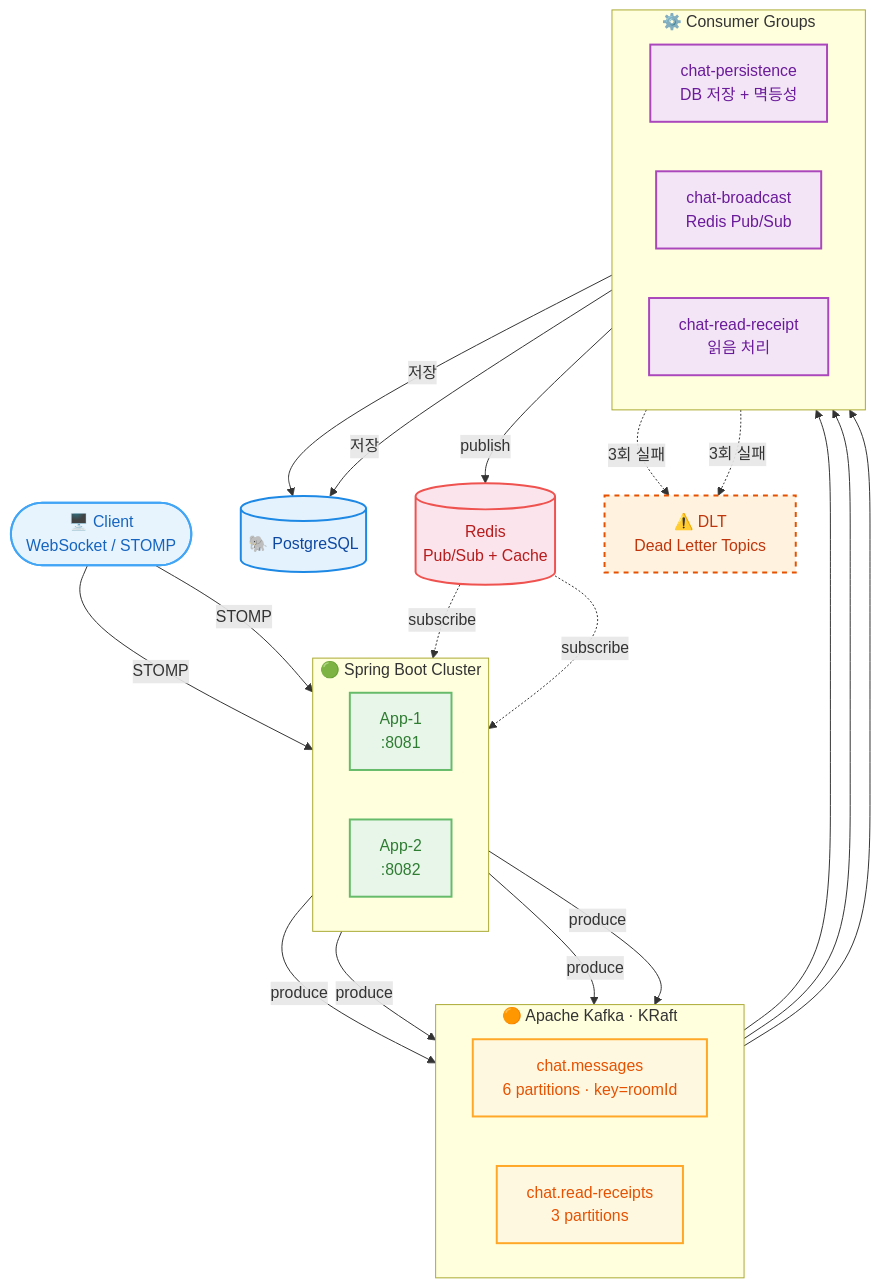
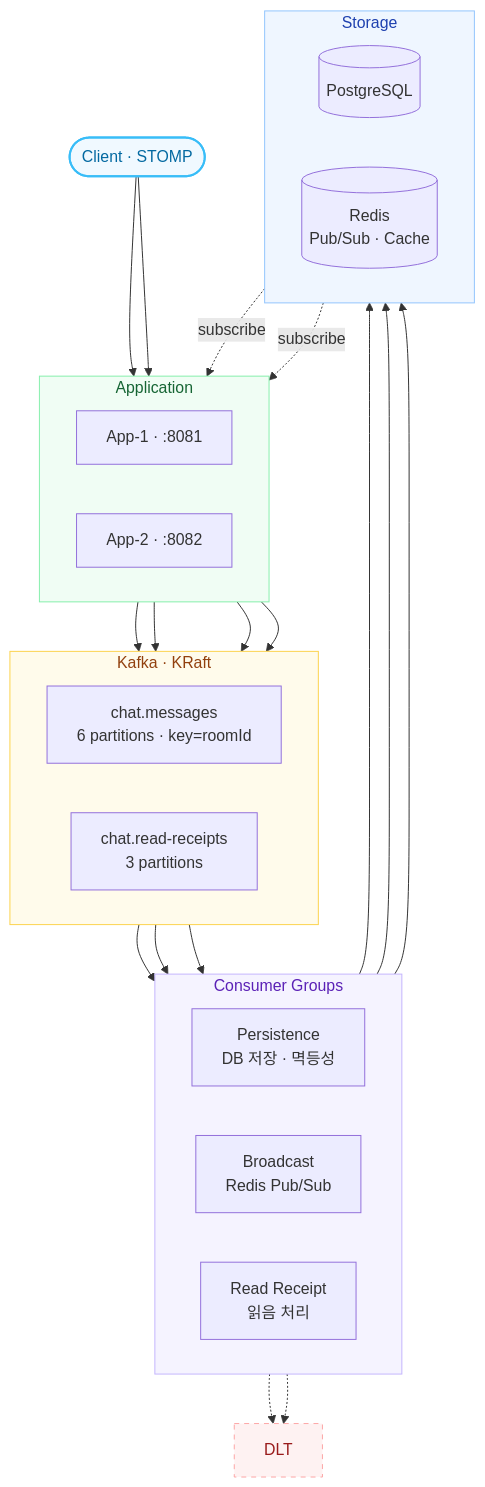
One commit to sjh9714/realtime-chat changed the first of 3 diagrams in README.md. Above: the diagram before and after it, drawn with Mermaid.

Commit message:
style: 아키텍처 다이어그램 정리 — 레이어 구조, 교차 화살표 최소화
- 4개 레이어 (Application → Kafka → Consumers → Storage) 서브그래프 배경색
- 이모지 제거, 라벨 간결화
- DB/Redis를 Storage 서브그래프로 묶어 정렬
- 화살표 레이블 최소화로 시각 노이즈 감소

````diff
--- a/README.md
+++ b/README.md
@@ -22,55 +22,51 @@
 ```mermaid
 flowchart TB
-    Client(["🖥️ Client<br/>WebSocket / STOMP"])
+    C(["Client · STOMP"])
 
-    subgraph APP["🟢 Spring Boot Cluster"]
+    subgraph app["Application"]
         direction LR
-        A1["App-1<br/>:8081"]
-        A2["App-2<br/>:8082"]
+        A1["App-1 · :8081"]
+        A2["App-2 · :8082"]
     end
 
-    subgraph KAFKA["🟠 Apache Kafka · KRaft"]
+    subgraph kafka["Kafka · KRaft"]
         direction LR
         T1["chat.messages<br/>6 partitions · key=roomId"]
         T2["chat.read-receipts<br/>3 partitions"]
     end
 
-    subgraph CG["⚙️ Consumer Groups"]
+    subgraph consumers["Consumer Groups"]
         direction LR
-        P["chat-persistence<br/>DB 저장 + 멱등성"]
-        B["chat-broadcast<br/>Redis Pub/Sub"]
-        R["chat-read-receipt<br/>읽음 처리"]
+        P["Persistence<br/>DB 저장 · 멱등성"]
+        B["Broadcast<br/>Redis Pub/Sub"]
+        R["Read Receipt<br/>읽음 처리"]
     end
 
-    DB[("🐘 PostgreSQL")]
-    RD[("Redis<br/>Pub/Sub + Cache")]
-    DLT["⚠️ DLT<br/>Dead Letter Topics"]
+    subgraph storage["Storage"]
+        direction LR
+        DB[("PostgreSQL")]
+        RD[("Redis<br/>Pub/Sub · Cache")]
+    end
 
-    Client -->|STOMP| A1
-    Client -->|STOMP| A2
-    A1 & A2 -->|produce| T1
-    A1 & A2 -->|produce| T2
+    DLT["DLT"]
+
+    C --> A1 & A2
+    A1 & A2 --> T1 & T2
     T1 --> P & B
     T2 --> R
-    P -->|저장| DB
-    B -->|publish| RD
-    R -->|저장| DB
-    P & R -.->|3회 실패| DLT
+    P & R --> DB
+    B --> RD
+    P & R -.-> DLT
     RD -.->|subscribe| A1 & A2
 
-    classDef client fill:#e8f4fd,stroke:#42a5f5,stroke-width:2px,color:#1565c0
-    classDef app fill:#e8f5e9,stroke:#66bb6a,stroke-width:2px,color:#2e7d32
-    classDef kafka fill:#fff8e1,stroke:#ffa726,stroke-width:2px,color:#e65100
-    classDef consumer fill:#f3e5f5,stroke:#ab47bc,stroke-width:2px,color:#6a1b9a
-    classDef db fill:#e3f2fd,stroke:#1e88e5,stroke-width:2px,color:#0d47a1
-    classDef redis fill:#fce4ec,stroke:#ef5350,stroke-width:2px,color:#b71c1c
-    classDef dlt fill:#fff3e0,stroke:#e65100,stroke-width:2px,stroke-dasharray:5 5,color:#bf360c
+    style app fill:#f0fdf4,stroke:#86efac,color:#166534
+    style kafka fill:#fffbeb,stroke:#fcd34d,color:#92400e
+    style consumers fill:#f5f3ff,stroke:#c4b5fd,color:#5b21b6
+    style storage fill:#eff6ff,stroke:#93c5fd,color:#1e40af
 
-    class Client client
-    class A1,A2 app
-    class T1,T2 kafka
-    class P,B,R consumer
-    class DB db
-    class RD redis
-    class DLT dlt
+    classDef clientNode fill:#f0f9ff,stroke:#38bdf8,stroke-width:2px,color:#0369a1
+    classDef dltNode fill:#fef2f2,stroke:#fca5a5,stroke-dasharray:5 5,color:#991b1b
+
+    class C clientNode
+    class DLT dltNode
 ```
````
